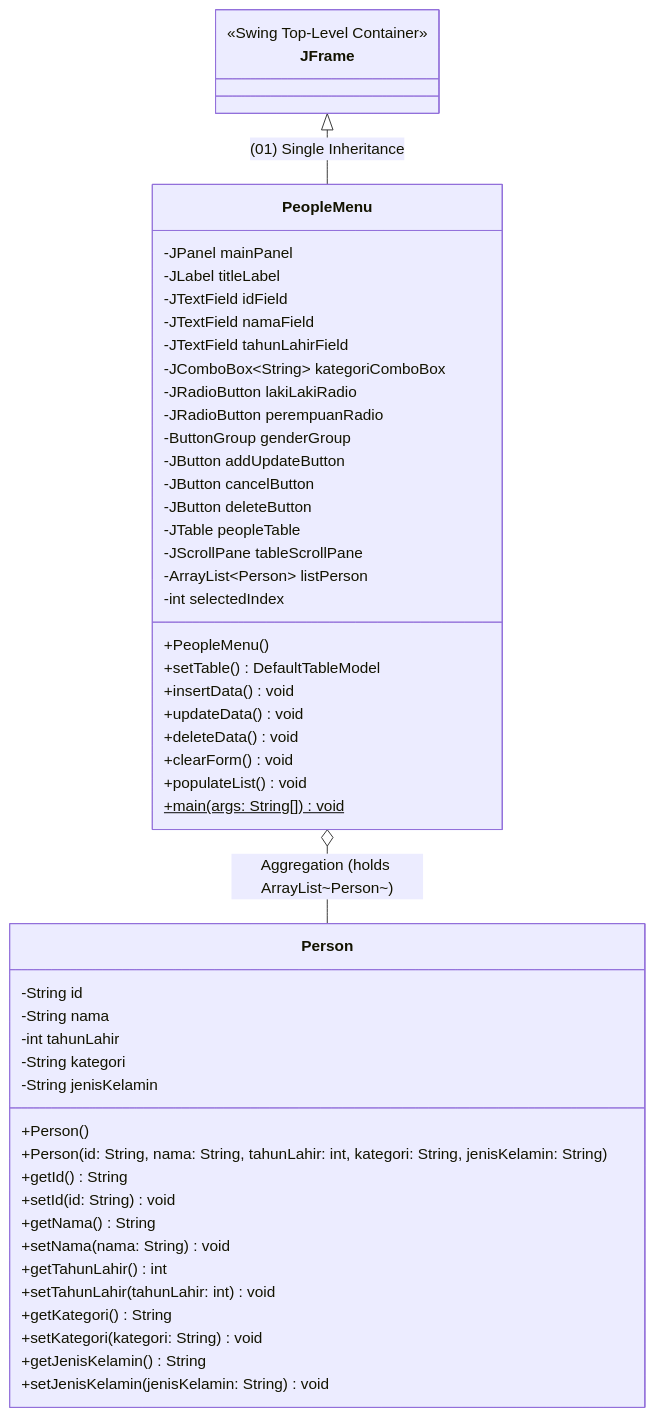
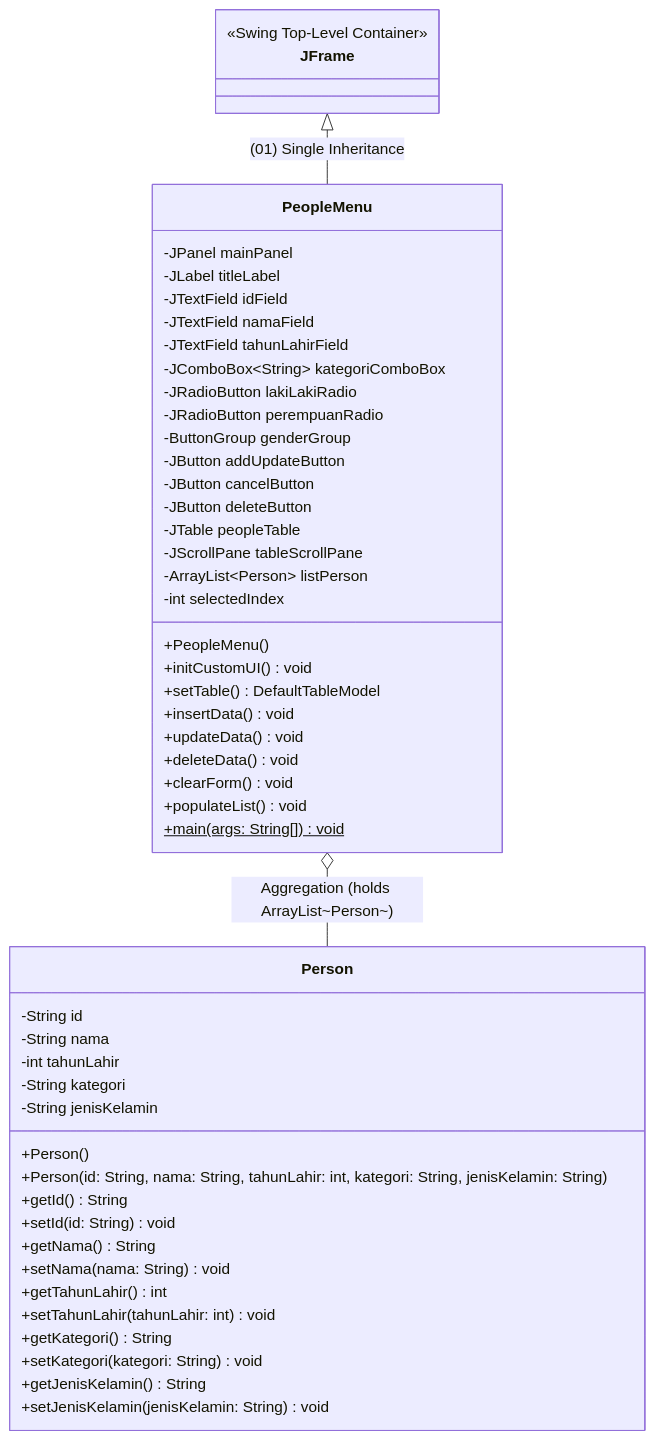
Before and after one commit to rizawn/TP4DPBO2526C1: the diagram in README.md, drawn with Mermaid. The commit also changed other lines of this file and 1 other file, not shown here.

````diff
--- a/README.md
+++ b/README.md
@@ -45,56 +46,57 @@
 ```mermaid
 classDiagram
     class JFrame {
         <<Swing Top-Level Container>>
     }
 
     class Person {
         -String id
         -String nama
         -int tahunLahir
         -String kategori
         -String jenisKelamin
         +Person()
         +Person(id: String, nama: String, tahunLahir: int, kategori: String, jenisKelamin: String)
         +getId() String
         +setId(id: String) void
         +getNama() String
         +setNama(nama: String) void
         +getTahunLahir() int
         +setTahunLahir(tahunLahir: int) void
         +getKategori() String
         +setKategori(kategori: String) void
         +getJenisKelamin() String
         +setJenisKelamin(jenisKelamin: String) void
     }
 
     class PeopleMenu {
         -JPanel mainPanel
         -JLabel titleLabel
         -JTextField idField
         -JTextField namaField
         -JTextField tahunLahirField
         -JComboBox~String~ kategoriComboBox
         -JRadioButton lakiLakiRadio
         -JRadioButton perempuanRadio
         -ButtonGroup genderGroup
         -JButton addUpdateButton
         -JButton cancelButton
         -JButton deleteButton
         -JTable peopleTable
         -JScrollPane tableScrollPane
         -ArrayList~Person~ listPerson
         -int selectedIndex
         +PeopleMenu()
+        +initCustomUI() void
         +setTable() DefaultTableModel
         +insertData() void
         +updateData() void
         +deleteData() void
         +clearForm() void
         +populateList() void
         +main(args: String[]) void$
     }
 
     JFrame <|-- PeopleMenu : (01) Single Inheritance
     PeopleMenu o-- Person : Aggregation (holds ArrayList~Person~)
 ```
````
